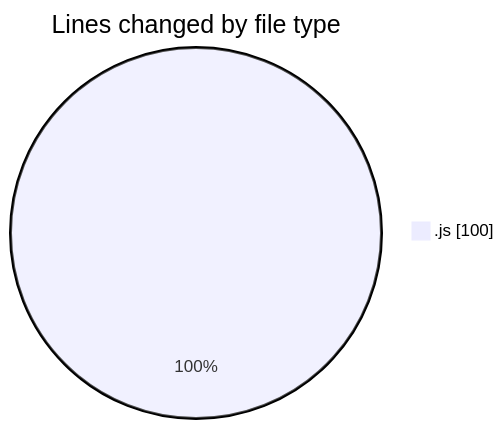
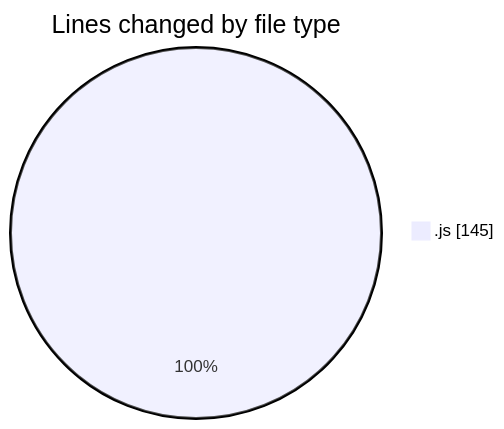
The first of 2 diagrams in 2025-03-23/aufgabe_250321/README.md (BS-eng2023/code-tracking), drawn with Mermaid before and after one commit. The commit also changed other lines of this file and 1 other file, not shown here.

````diff
--- a/2025-03-23/aufgabe_250321/README.md
+++ b/2025-03-23/aufgabe_250321/README.md
@@ -21,5 +22,5 @@
 ```mermaid
 pie showData
 title Lines changed by file type
-".js" : 100
+".js" : 145
 ```
````
